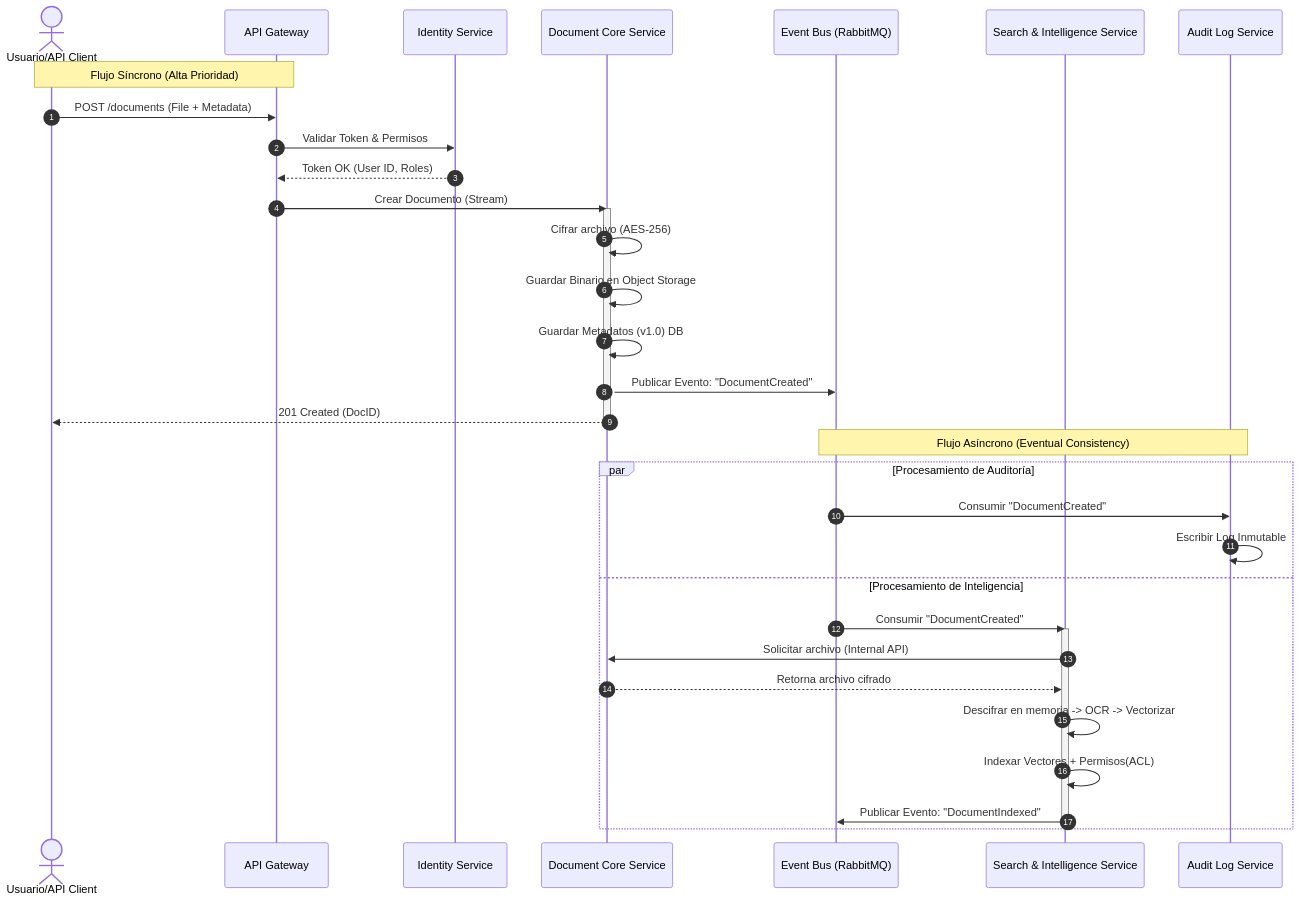
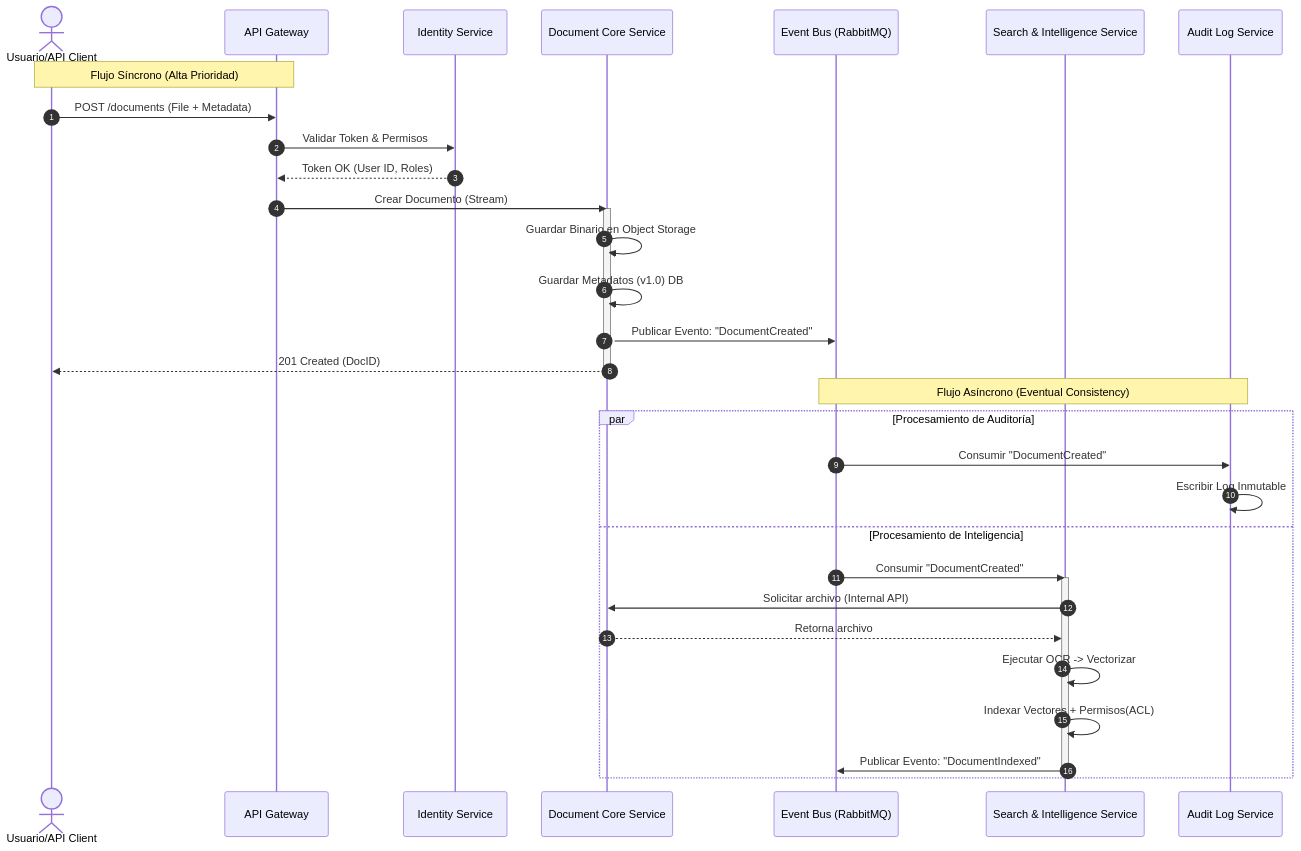
One commit to EDGUR-DEVELOPER/AI4Devs-finalproject-EGR changed the third of 4 diagrams in README.md. Above: the diagram before and after it, drawn with Mermaid. The commit also changed other lines of this file and 1 other file, not shown here.

````diff
--- a/README.md
+++ b/README.md
@@ -138,42 +194,41 @@
 ```mermaid
 sequenceDiagram
     autonumber
     actor User as Usuario/API Client
     participant API as API Gateway
     participant IAM as Identity Service
     participant Doc as Document Core Service
     participant Broker as Event Bus (RabbitMQ)
     participant Search as Search & Intelligence Service
     participant Audit as Audit Log Service
 
     Note over User, API: Flujo Síncrono (Alta Prioridad)
 
     User->>API: POST /documents (File + Metadata)
     API->>IAM: Validar Token & Permisos
     IAM-->>API: Token OK (User ID, Roles)
 
     API->>Doc: Crear Documento (Stream)
     activate Doc
-    Doc->>Doc: Cifrar archivo (AES-256)
     Doc->>Doc: Guardar Binario en Object Storage
     Doc->>Doc: Guardar Metadatos (v1.0) DB
     Doc->>Broker: Publicar Evento: "DocumentCreated"
     Doc-->>User: 201 Created (DocID)
     deactivate Doc
 
     Note over Broker, Audit: Flujo Asíncrono (Eventual Consistency)
 
     par Procesamiento de Auditoría
         Broker->>Audit: Consumir "DocumentCreated"
         Audit->>Audit: Escribir Log Inmutable
     and Procesamiento de Inteligencia
         Broker->>Search: Consumir "DocumentCreated"
         activate Search
         Search->>Doc: Solicitar archivo (Internal API)
-        Doc-->>Search: Retorna archivo cifrado
-        Search->>Search: Descifrar en memoria -> OCR -> Vectorizar
+        Doc-->>Search: Retorna archivo
+        Search->>Search: Ejecutar OCR -> Vectorizar
         Search->>Search: Indexar Vectores + Permisos(ACL)
         Search->>Broker: Publicar Evento: "DocumentIndexed"
         deactivate Search
     end
 ```
````
